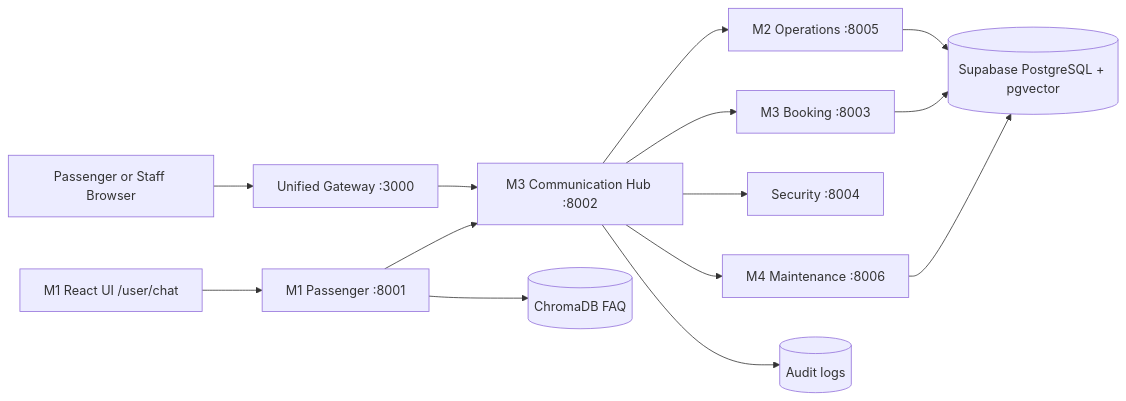
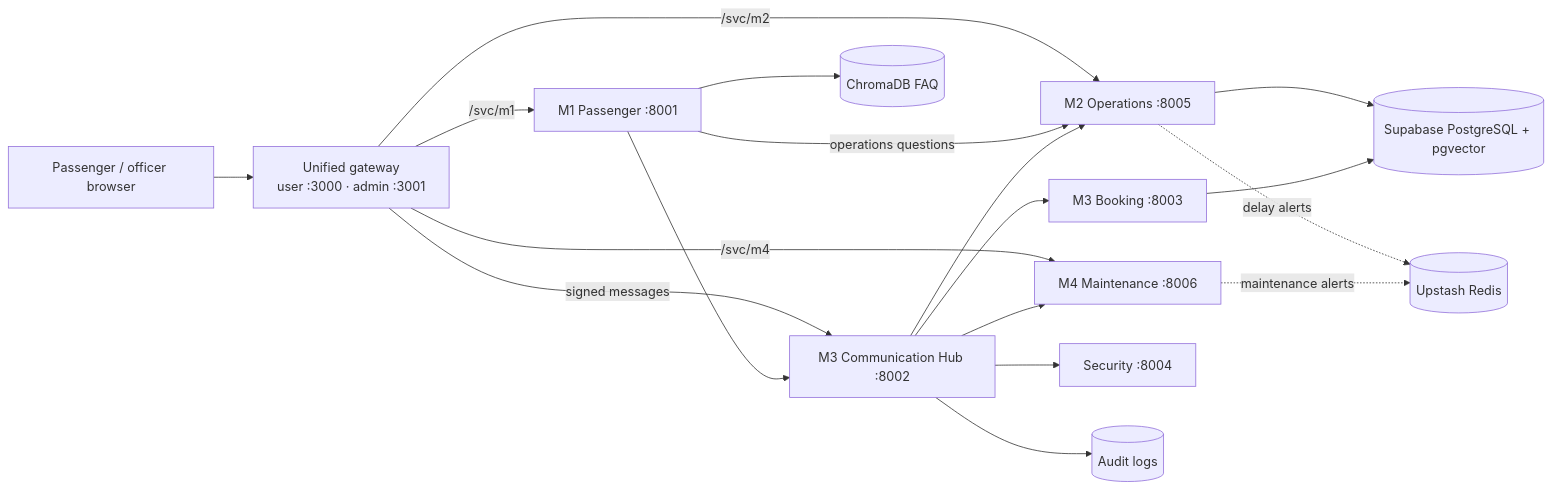
Before and after one commit to pasindi15/RailSence-AI: the diagram in README.md, drawn with Mermaid. The commit also changed other lines of this file and 34 other files, not shown here.

````diff
--- a/README.md
+++ b/README.md
@@ -36,16 +99,20 @@
 ```mermaid
 flowchart LR
-    Browser[Passenger or Staff Browser] --> Gateway[Unified Gateway :3000]
-    React[M1 React UI /user/chat] --> M1[M1 Passenger :8001]
-    Gateway --> Hub[M3 Communication Hub :8002]
+    Browser[Passenger / officer browser] --> Gateway["Unified gateway<br/>user :3000 · admin :3001"]
+    Gateway -- "/svc/m1" --> M1[M1 Passenger :8001]
+    Gateway -- "/svc/m2" --> M2[M2 Operations :8005]
+    Gateway -- "/svc/m4" --> M4[M4 Maintenance :8006]
+    Gateway -- signed messages --> Hub[M3 Communication Hub :8002]
     M1 --> Hub
-    Hub --> M2[M2 Operations :8005]
+    M1 -- operations questions --> M2
+    Hub --> M2
     Hub --> Booking[M3 Booking :8003]
     Hub --> Security[Security :8004]
-    Hub --> Maintenance[M4 Maintenance :8006]
+    Hub --> M4
     M1 --> Chroma[(ChromaDB FAQ)]
     M2 --> Supabase[(Supabase PostgreSQL + pgvector)]
     Booking --> Supabase
-    Maintenance --> Supabase
     Hub --> Audit[(Audit logs)]
+    M2 -. delay alerts .-> Upstash[(Upstash Redis)]
+    M4 -. maintenance alerts .-> Upstash
 ```
````
